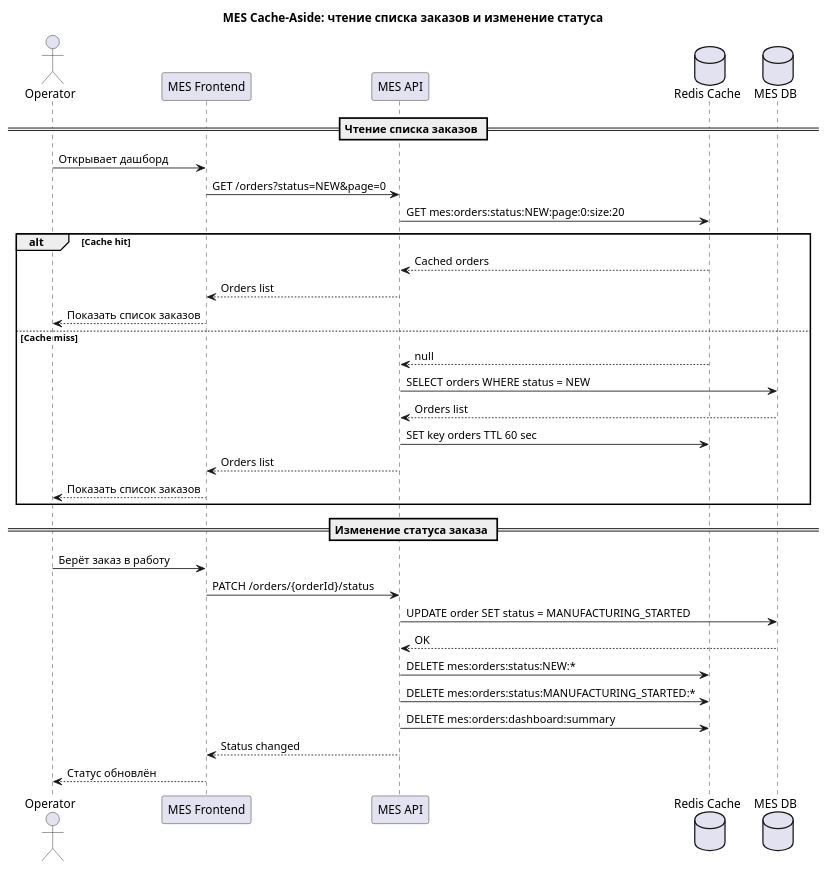
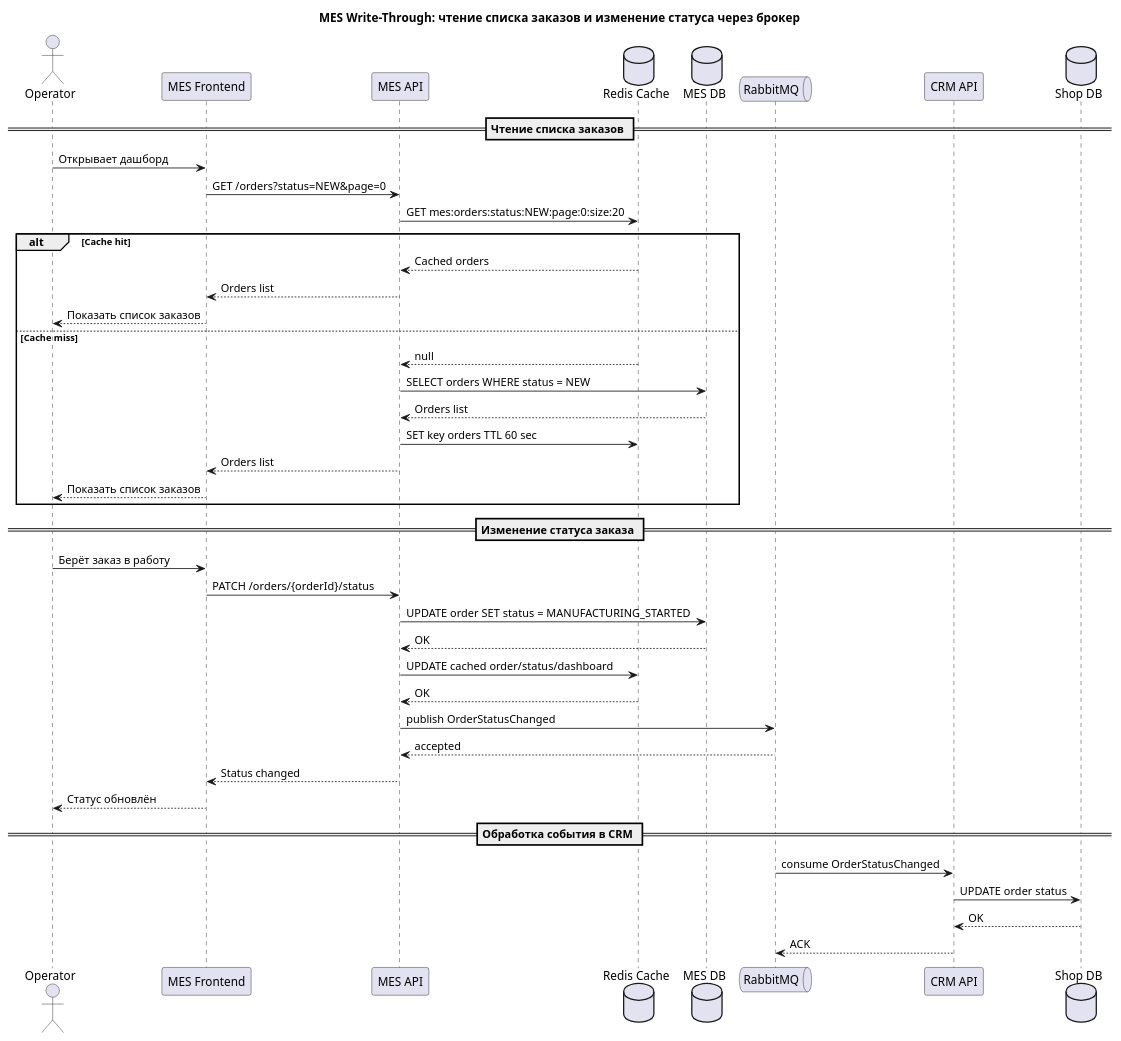
Before and after one commit to dmitriyspeliy/architecture-pro-alexandrite: the diagram in task5/mes-cache-sequence.puml, drawn with PlantUML. The commit also changed 3 other files, not shown here.

```diff
--- a/task5/mes-cache-sequence.puml
+++ b/task5/mes-cache-sequence.puml
@@ -5,43 +1,56 @@
 @startuml
-title MES Cache-Aside: чтение списка заказов и изменение статуса
+title MES Write-Through: чтение списка заказов и изменение статуса через брокер
 
 actor Operator as operator
 participant "MES Frontend" as frontend
 participant "MES API" as api
 database "Redis Cache" as redis
 database "MES DB" as db
+queue "RabbitMQ" as rabbit
+participant "CRM API" as crm
+database "Shop DB" as shopdb
 
 == Чтение списка заказов ==
 
 operator -> frontend : Открывает дашборд
 frontend -> api : GET /orders?status=NEW&page=0
 api -> redis : GET mes:orders:status:NEW:page:0:size:20
 
 alt Cache hit
     redis --> api : Cached orders
     api --> frontend : Orders list
     frontend --> operator : Показать список заказов
 else Cache miss
     redis --> api : null
     api -> db : SELECT orders WHERE status = NEW
     db --> api : Orders list
     api -> redis : SET key orders TTL 60 sec
     api --> frontend : Orders list
     frontend --> operator : Показать список заказов
 end
 
 == Изменение статуса заказа ==
 
 operator -> frontend : Берёт заказ в работу
 frontend -> api : PATCH /orders/{orderId}/status
+
 api -> db : UPDATE order SET status = MANUFACTURING_STARTED
 db --> api : OK
 
-api -> redis : DELETE mes:orders:status:NEW:*
-api -> redis : DELETE mes:orders:status:MANUFACTURING_STARTED:*
-api -> redis : DELETE mes:orders:dashboard:summary
+api -> redis : UPDATE cached order/status/dashboard
+redis --> api : OK
+
+api -> rabbit : publish OrderStatusChanged
+rabbit --> api : accepted
 
 api --> frontend : Status changed
 frontend --> operator : Статус обновлён
 
+== Обработка события в CRM ==
+
+rabbit -> crm : consume OrderStatusChanged
+crm -> shopdb : UPDATE order status
+shopdb --> crm : OK
+crm --> rabbit : ACK
+
 @enduml
```
